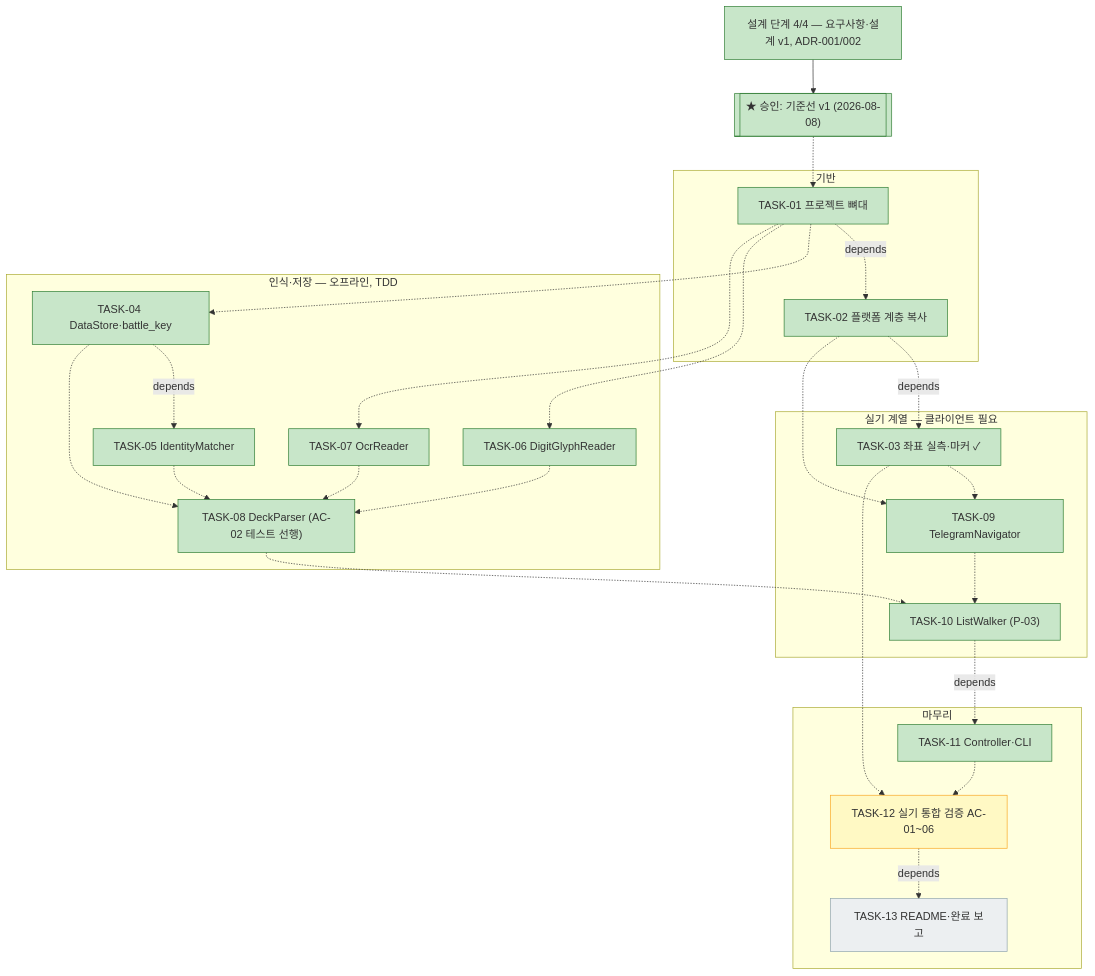
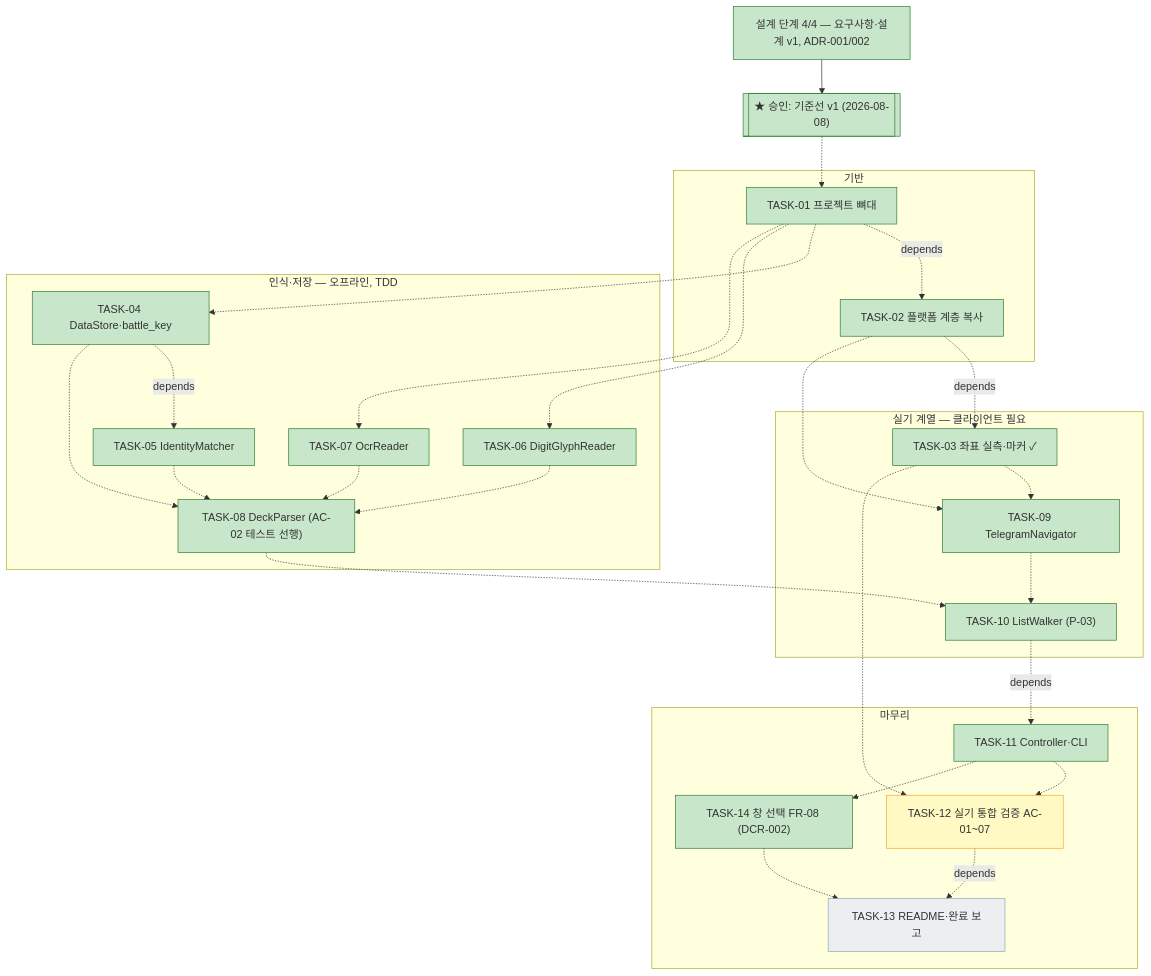
One commit to bluesky5008/sgz_statiz changed the diagram in docs/work/20260808-telegram-deck-extract/plan.md. Above: the diagram before and after it, drawn with Mermaid. The commit also changed other lines of this file and 7 other files, not shown here.

First line of the commit message:
DCR-002(기준선 v3)·TASK-14: 구동 시 클라이언트 창 동적 탐지·선택 (FR-08·AC-07)

````diff
--- a/docs/work/20260808-telegram-deck-extract/plan.md
+++ b/docs/work/20260808-telegram-deck-extract/plan.md
@@ -66,50 +67,53 @@
 ```mermaid
 flowchart TD
     D0["설계 단계 4/4 — 요구사항·설계 v1, ADR-001/002"]:::done
     APR[["★ 승인: 기준선 v1 (2026-08-08)"]]:::done
     D0 --> APR
     subgraph G1["기반"]
         T01["TASK-01 프로젝트 뼈대"]:::done
         T02["TASK-02 플랫폼 계층 복사"]:::done
     end
     subgraph G2["인식·저장 — 오프라인, TDD"]
         T04["TASK-04 DataStore·battle_key"]:::done
         T05["TASK-05 IdentityMatcher"]:::done
         T06["TASK-06 DigitGlyphReader"]:::done
         T07["TASK-07 OcrReader"]:::done
         T08["TASK-08 DeckParser (AC-02 테스트 선행)"]:::done
     end
     subgraph G3["실기 계열 — 클라이언트 필요"]
         T03["TASK-03 좌표 실측·마커 ✓"]:::done
         T09["TASK-09 TelegramNavigator"]:::done
         T10["TASK-10 ListWalker (P-03)"]:::done
     end
     subgraph G4["마무리"]
         T11["TASK-11 Controller·CLI"]:::done
-        T12["TASK-12 실기 통합 검증 AC-01~06"]:::active
+        T12["TASK-12 실기 통합 검증 AC-01~07"]:::active
+        T14["TASK-14 창 선택 FR-08 (DCR-002)"]:::done
         T13["TASK-13 README·완료 보고"]:::todo
     end
     APR -.-> T01
     T01 -. depends .-> T02
     T02 -. depends .-> T03
     T01 -.-> T04
     T01 -.-> T06
     T01 -.-> T07
     T04 -. depends .-> T05
     T04 -.-> T08
     T05 -.-> T08
     T06 -.-> T08
     T07 -.-> T08
     T02 -.-> T09
     T03 -.-> T09
     T08 -.-> T10
     T09 -.-> T10
     T10 -. depends .-> T11
     T03 -.-> T12
     T11 -.-> T12
+    T11 -.-> T14
     T12 -. depends .-> T13
+    T14 -.-> T13
     classDef done fill:#c8e6c9,stroke:#2e7d32
     classDef active fill:#fff9c4,stroke:#f9a825
     classDef todo fill:#eceff1,stroke:#90a4ae
     classDef blocked fill:#ffcdd2,stroke:#c62828
 ```
````
